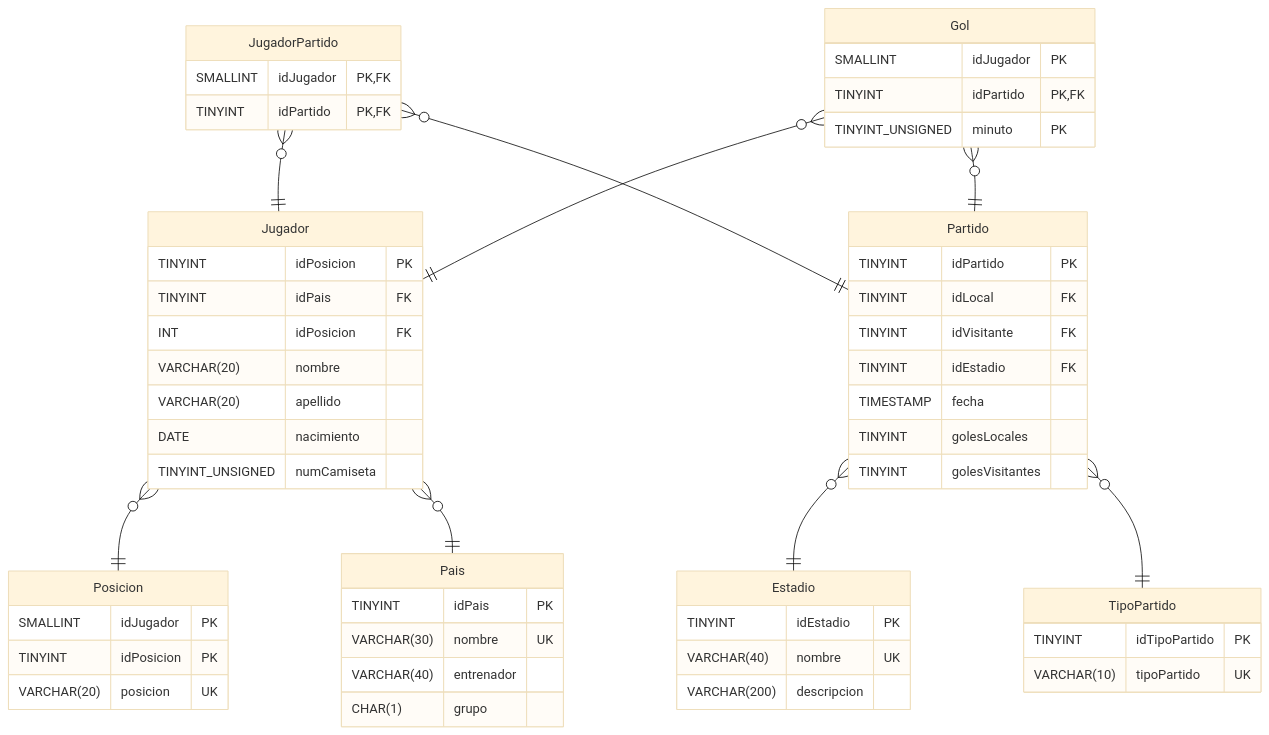
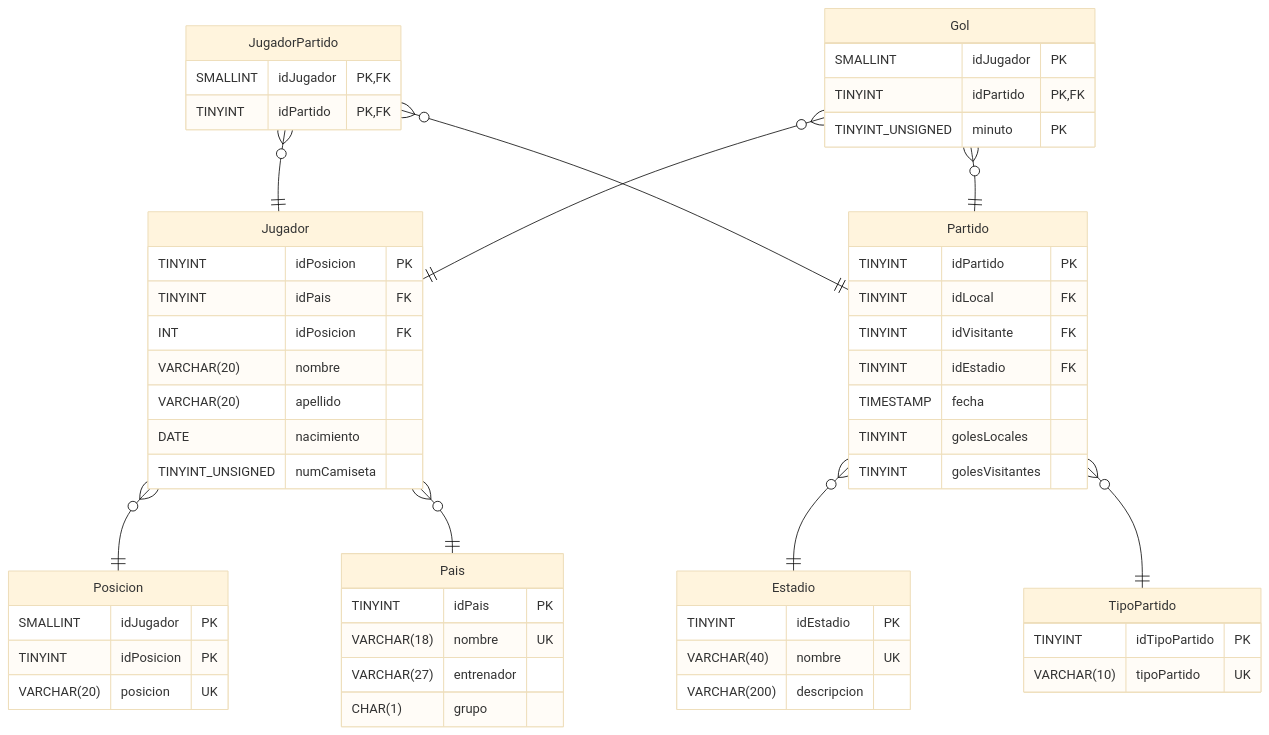
Before and after one commit to PasandiLuka/BD-Mundial22: the diagram in README.md, drawn with Mermaid (base theme). The commit also changed 2 other files, not shown here.

Commit message:
Agregados todos los paises del mundial

````diff
--- a/README.md
+++ b/README.md
@@ -6,61 +6,61 @@
 ```mermaid
 erDiagram
     Pais{
         TINYINT idPais PK
-        VARCHAR(30) nombre UK
-        VARCHAR(40) entrenador
+        VARCHAR(18) nombre UK
+        VARCHAR(27) entrenador
         CHAR(1) grupo
     }
     Estadio{
         TINYINT idEstadio PK
         VARCHAR(40) nombre UK
         VARCHAR(200) descripcion
     }
     TipoPartido{
         TINYINT idTipoPartido PK
         VARCHAR(10) tipoPartido UK
     }
     Partido{
         TINYINT idPartido PK
         TINYINT idLocal FK
         TINYINT idVisitante FK
         TINYINT idEstadio FK
         TIMESTAMP fecha
         TINYINT golesLocales
         TINYINT golesVisitantes
     }
     Posicion{
         SMALLINT idJugador PK
         TINYINT idPosicion PK
         VARCHAR(20) posicion UK
     }
     Jugador{
         TINYINT idPosicion PK
         TINYINT idPais FK
         INT idPosicion FK
         VARCHAR(20) nombre
         VARCHAR(20) apellido
         DATE nacimiento 
         TINYINT_UNSIGNED numCamiseta
     }
     JugadorPartido{
         SMALLINT idJugador PK, FK
         TINYINT idPartido PK, FK
     }
     Gol{
         SMALLINT idJugador PK
         TINYINT idPartido PK, FK
         TINYINT_UNSIGNED minuto PK
     }
 
     Jugador }o--|| Posicion :""
     Jugador }o--|| Pais :""
     Partido }o--|| Estadio :""
     Partido }o--|| TipoPartido :""
     JugadorPartido }o--|| Jugador :""
     JugadorPartido }o--|| Partido :""
     Gol }o--|| Jugador :""
     Gol }o--|| Partido :""
 
 
 ```
````
